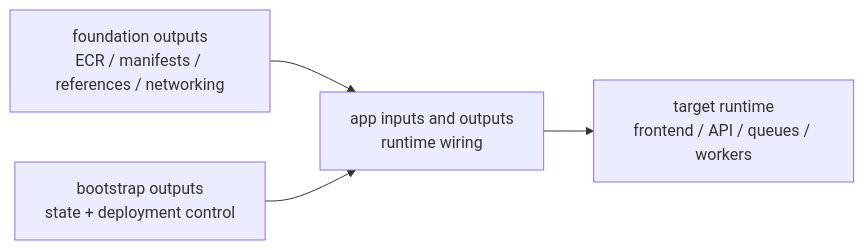
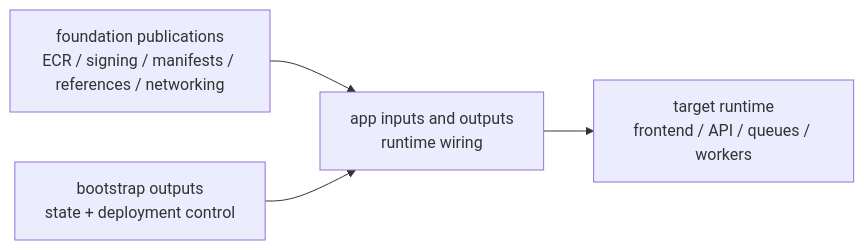
One commit to hwatanabe-jp/stark-ballot-simulator-public changed the second of 2 diagrams in public-book/src/aws/terraform.md. Above: the diagram before and after it, drawn with Mermaid. The commit also changed other lines of this file and 389 other files, not shown here.

````diff
--- a/public-book/src/aws/terraform.md
+++ b/public-book/src/aws/terraform.md
@@ -177,11 +214,11 @@
 ```mermaid
 flowchart LR
-  FOUND["foundation outputs<br/>ECR / manifests / references / networking"]
+  FOUND["foundation publications<br/>ECR / signing / manifests / references / networking"]
   BOOT["bootstrap outputs<br/>state + deployment control"]
   APP["app inputs and outputs<br/>runtime wiring"]
   RUN["target runtime<br/>frontend / API / queues / workers"]
 
   FOUND --> APP
   BOOT --> APP
   APP --> RUN
 ```
````
